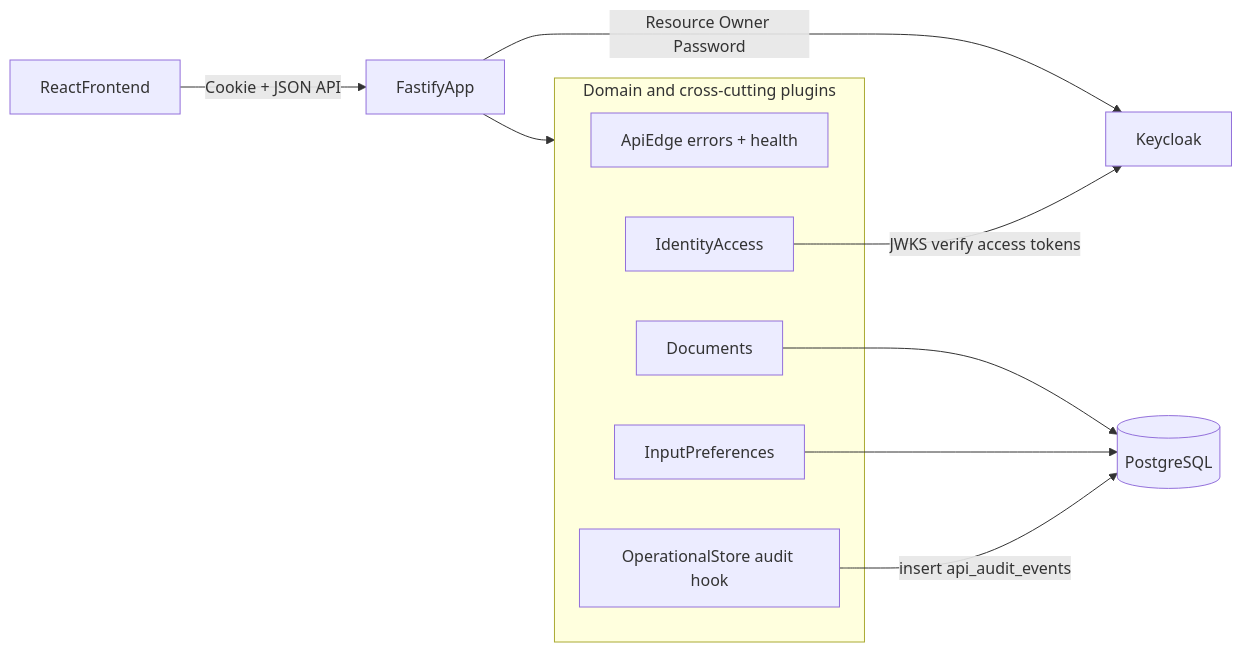
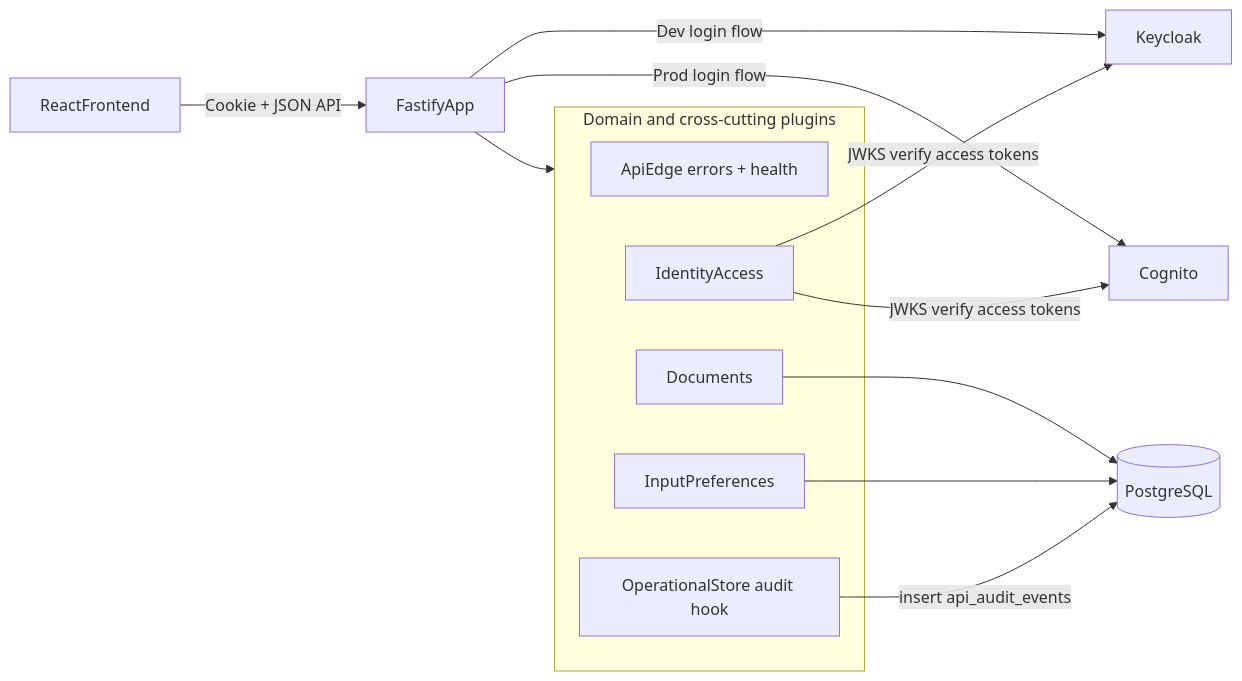
The diagram in docs/architecture/system.md (TommyKolb/GlossaDocs), drawn with Mermaid before and after one commit. The commit also changed other lines of this file and 27 other files, not shown here.

````diff
--- a/docs/architecture/system.md
+++ b/docs/architecture/system.md
@@ -40,17 +40,19 @@
 ```mermaid
 flowchart LR
   fe[ReactFrontend] -->|"Cookie + JSON API"| fastify[FastifyApp]
-  fastify -->|"Resource Owner Password"| kc[Keycloak]
+  fastify -->|"Dev login flow"| kc[Keycloak]
+  fastify -->|"Prod login flow"| cognito[Cognito]
   subgraph modules [Domain and cross-cutting plugins]
     edge[ApiEdge errors + health]
     idm[IdentityAccess]
     docm[Documents]
     setm[InputPreferences]
     obs[OperationalStore audit hook]
   end
   fastify --> modules
   idm -->|"JWKS verify access tokens"| kc
+  idm -->|"JWKS verify access tokens"| cognito
   docm --> pg[(PostgreSQL)]
   setm --> pg
   obs -->|"insert api_audit_events"| pg
 ```
````
